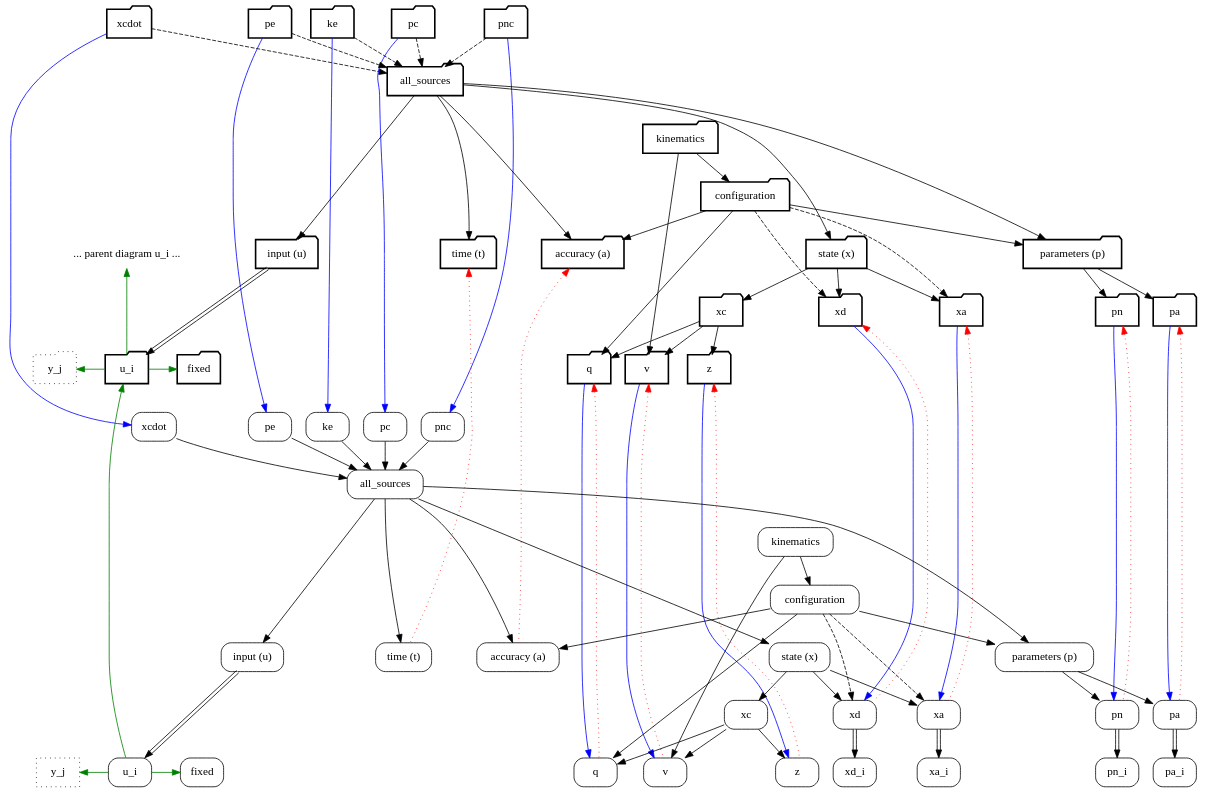
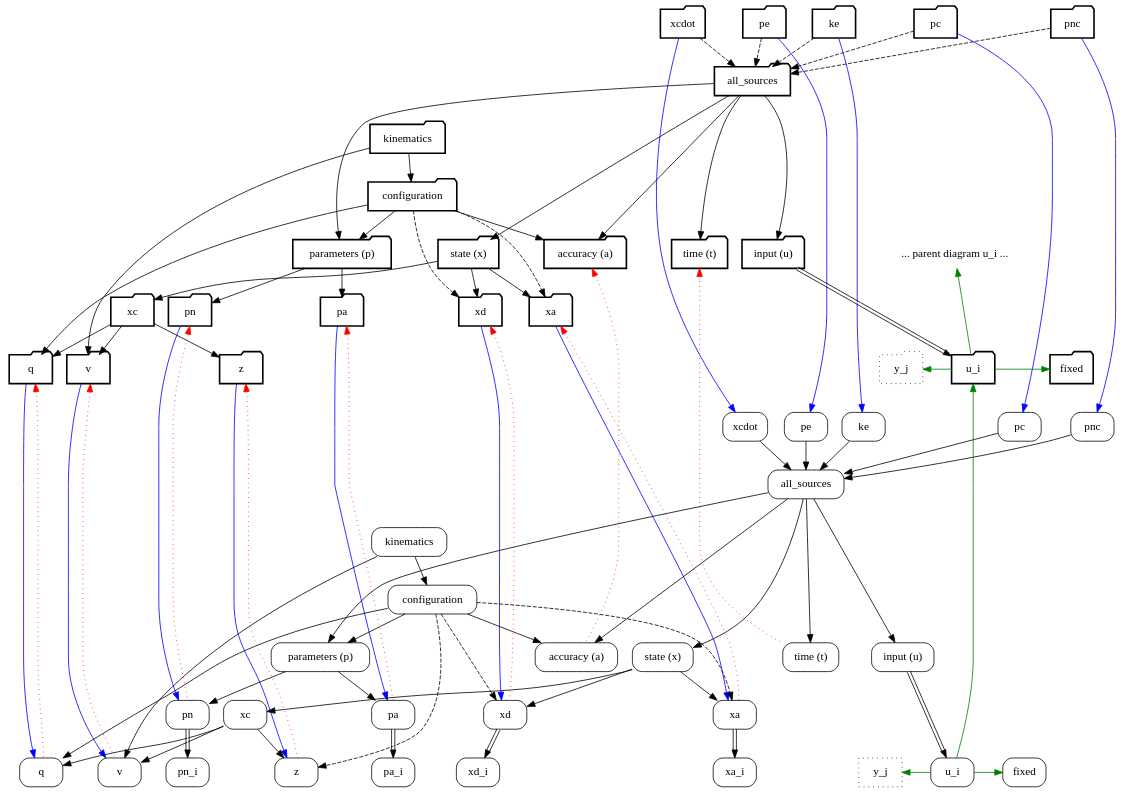
One commit to RobotLocomotion/drake changed the diagram in systems/framework/images/cache_doxygen_trackers.dot. Above: the diagram before and after it, drawn with Graphviz. The commit also changed 4 other files, not shown here.

```diff
--- a/systems/framework/images/cache_doxygen_trackers.dot
+++ b/systems/framework/images/cache_doxygen_trackers.dot
@@ -1,170 +1,171 @@
 digraph {
 rankdir=TB;
 
 // Declare all of our nodes and their visual shape.  Each statement here is the
 // same rank (i.e., one row on the visual layout).
 node[shape="folder",style="bold"];
 { rank=same; diag_xcdot; diag_ke; diag_pc; diag_pnc; diag_pe; }
 diag_all_sources;
 diag_kinematics;
 diag_configuration;
 { rank=same; diag_x; diag_p; diag_a; diag_t; diag_u; super_diag_u_i; }
 { rank=same; diag_xc; diag_xd; diag_xa; diag_pn; diag_pa; }
 { rank=same; diag_q; diag_v; diag_z; diag_y; diag_u_i; diag_u_fixed; }
 node[shape="rect",style="rounded"];
 { rank=same; leaf_xcdot; leaf_ke; leaf_pc; leaf_pnc; leaf_pe; }
 leaf_all_sources;
 leaf_kinematics;
 leaf_configuration;
 { rank=same; leaf_x; leaf_p; leaf_a; leaf_t; leaf_u; }
 { rank=same; leaf_xc; leaf_xd; leaf_xa; leaf_pn; leaf_pa; }
 { rank=same; leaf_q; leaf_v; leaf_z; leaf_xd_i_all; leaf_xa_i_all;
     leaf_pn_i_all; leaf_pa_i_all; leaf_y; leaf_u_i; leaf_u_fixed; }
 
 // Tweak the top-to-bottom order, beyond what's implied by the underlying
 // graph rankings.
 // - Stack diag atop leaf, don't intermingle their rows.
 { rank=same; leaf_xcdot; leaf_xcdot_invis[style=invis,label=""]; }
 diag_u_i -> leaf_xcdot_invis[style=invis];
 // - Stack ..._all_sources atop ..._kinematics, not as a sibling.
 { rank=same; diag_kinematics; dkinvis[style=invis,label=""]; }
 { rank=same; leaf_kinematics; lkinvis[style=invis,label=""]; }
 diag_all_sources -> dkinvis[style=invis];
 leaf_all_sources -> lkinvis[style=invis];
 
 // Tweak the left-to-right order, beyond the default edge-routing heuristics.
 leaf_all_sources[ordering="in"]; diag_all_sources[ordering="in"];
 leaf_x[ordering="out"]; diag_x[ordering="out"];
 leaf_p[ordering="out"]; diag_p[ordering="out"];
 leaf_xc[ordering="out"]; diag_xc[ordering="out"];
 leaf_z -> leaf_xd_i_all[style=invis];
 
 // This list exactly mirrors the "Predefined dependency tickets" table.
 // We omit some nodes for conciseness.
 // (omitted) leaf_nothing
 leaf_t[label="time (t)"];
 leaf_a[label="accuracy (a)"];
 leaf_q[label="q"];
 leaf_v[label="v"];
 leaf_z[label="z"];
 leaf_xc[label="xc"];
 leaf_xd[label="xd"]; leaf_xd_i_all[label="xd_i"];
 leaf_xa[label="xa"]; leaf_xa_i_all[label="xa_i"];
 leaf_x[label="state (x)"];
 leaf_pn[label="pn"]; leaf_pn_i_all[label="pn_i"];
 leaf_pa[label="pa"]; leaf_pa_i_all[label="pa_i"];
 leaf_p[label="parameters (p)"];
 leaf_u[label="input (u)"];
 leaf_all_sources[label="all_sources"];
 leaf_configuration[label="configuration"];
 leaf_kinematics[label="kinematics"];
 leaf_xcdot[label="xcdot"];
 leaf_pe[label="pe"];
 leaf_ke[label="ke"];
 leaf_pc[label="pc"];
 leaf_pnc[label="pnc"];
 // (omitted) leaf_pn_i
 // (omitted) leaf_pa_i
 // (omitted) leaf_xd_i
 // (omitted) leaf_xa_i
 leaf_u_i[label="u_i"];
 leaf_y[label="y_j",style=dotted];
 leaf_u_fixed[label="fixed"];
 // (omitted) leaf_c_i
 leaf_xc -> { leaf_q leaf_v leaf_z };
 leaf_xd -> leaf_xd_i_all[color="black:white:black"];
 leaf_xa -> leaf_xa_i_all[color="black:white:black"];
 leaf_x -> { leaf_xc leaf_xd leaf_xa };
 leaf_pn-> leaf_pn_i_all[color="black:white:black"];
 leaf_pa -> leaf_pa_i_all[color="black:white:black"];
 leaf_p -> { leaf_pn leaf_pa };
 leaf_u -> leaf_u_i[color="black:white:black"];
 leaf_all_sources -> { leaf_x, leaf_p, leaf_a, leaf_t, leaf_u };
 leaf_configuration -> { leaf_q, leaf_p, leaf_a };
+  leaf_configuration -> leaf_z[style="dashed"];  // Footnote 3.
   leaf_configuration -> leaf_xd[style="dashed"];  // Footnote 3.
   leaf_configuration -> leaf_xa[style="dashed"];  // Footnote 3.
 leaf_kinematics -> { leaf_configuration, leaf_v };
 leaf_xcdot-> leaf_all_sources;
 leaf_pe -> leaf_all_sources;
 leaf_ke -> leaf_all_sources;
 leaf_pc -> leaf_all_sources;
 leaf_pnc -> leaf_all_sources;
 leaf_y -> leaf_u_i[color="green",dir=back,minlen=2];  // Footnote 4.
 leaf_u_i -> leaf_u_fixed[color="green",minlen=2];     // Footnote 4.
 leaf_u_i -> diag_u_i[color="green",minlen=2];         // Footnote 4.
 
 // This list repeats the above stanza but with "leaf_" renamed to "diag_",
 // and with the "footnote 2" edges removed.
 // (omitted) leaf_nothing
 diag_t[label="time (t)"];
 diag_a[label="accuracy (a)"];
 diag_q[label="q"];
 diag_v[label="v"];
 diag_z[label="z"];
 diag_xc[label="xc"];
 diag_xd[label="xd"];
 diag_xa[label="xa"];
 diag_x[label="state (x)"];
 diag_pn[label="pn"];
 diag_pa[label="pa"];
 diag_p[label="parameters (p)"];
 diag_u[label="input (u)"];
 diag_all_sources[label="all_sources"];
 diag_configuration[label="configuration"];
 diag_kinematics[label="kinematics"];
 diag_xcdot[label="xcdot"];
 diag_pe[label="pe"];
 diag_ke[label="ke"];
 diag_pc[label="pc"];
 diag_pnc[label="pnc"];
 diag_u_i[label="u_i"];
 diag_y[label="y_j",style=dotted];
 diag_u_fixed[label="fixed"];
 // (omitted) diag_c_i
 diag_xc -> { diag_q diag_v diag_z };
 diag_x -> { diag_xc diag_xd diag_xa };
 diag_p -> { diag_pn diag_pa };
 diag_u -> diag_u_i[color="black:white:black"];
 diag_all_sources -> { diag_x, diag_p, diag_a, diag_t, diag_u };
 diag_configuration -> { diag_q, diag_p, diag_a };
   diag_configuration -> diag_xd[style="dashed"];  // Footnote 3.
   diag_configuration -> diag_xa[style="dashed"];  // Footnote 3.
 diag_kinematics -> { diag_configuration, diag_v };
 diag_xcdot -> diag_all_sources[style="dashed"];   // Footnote 5.
 diag_pe -> diag_all_sources[style="dashed"];      // Footnote 5.
 diag_ke -> diag_all_sources[style="dashed"];      // Footnote 5.
 diag_pc -> diag_all_sources[style="dashed"];      // Footnote 5.
 diag_pnc -> diag_all_sources[style="dashed"];     // Footnote 5.
 diag_y -> diag_u_i[color="green",dir=back,minlen=2];  // Footnote 4.
 diag_u_i -> diag_u_fixed[color="green",minlen=2];     // Footnote 4.
 diag_u_i -> super_diag_u_i[color="green",minlen=2];         // Footnote 4.
 super_diag_u_i[shape=plaintext,label="... parent diagram u_i ..."];
 
 // This list exactly mirrors the "Diagram-specific implementation" table, for
 // the "Subscribes to" column.
 diag_q -> leaf_q[color="blue"];
 diag_v -> leaf_v[color="blue"];
 diag_z -> leaf_z[color="blue"];
 diag_xd -> leaf_xd[color="blue"];
 diag_xa -> leaf_xa[color="blue"];
 diag_pn -> leaf_pn[color="blue"];
 diag_pa -> leaf_pa[color="blue"];
 diag_xcdot -> leaf_xcdot[color="blue"];
 diag_pe -> leaf_pe[color="blue"];
 diag_ke -> leaf_ke[color="blue"];
 diag_pc -> leaf_pc[color="blue"];
 diag_pnc -> leaf_pnc[color="blue"];
 
 // This list exactly mirrors the "Diagram-specific implementation" table, for
 // the "Notifications send" column.
 diag_t -> leaf_t[dir="back",color="red",style="dotted"];
 diag_a -> leaf_a[dir="back",color="red",style="dotted"];
 diag_q -> leaf_q[dir="back",color="red",style="dotted"];
 diag_v -> leaf_v[dir="back",color="red",style="dotted"];
 diag_z -> leaf_z[dir="back",color="red",style="dotted"];
 diag_xd -> leaf_xd[dir="back",color="red",style="dotted"];
 diag_xa -> leaf_xa[dir="back",color="red",style="dotted"];
 diag_pn -> leaf_pn[dir="back",color="red",style="dotted"];
 diag_pa -> leaf_pa[dir="back",color="red",style="dotted"];
 
 }  // diagraph
```
